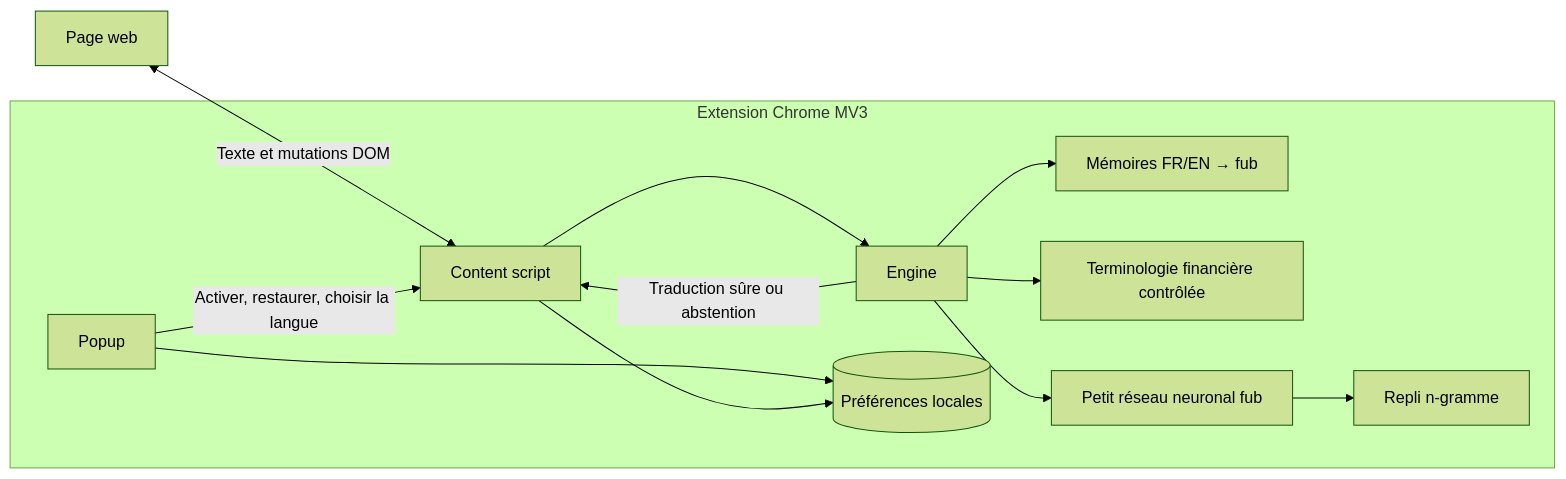
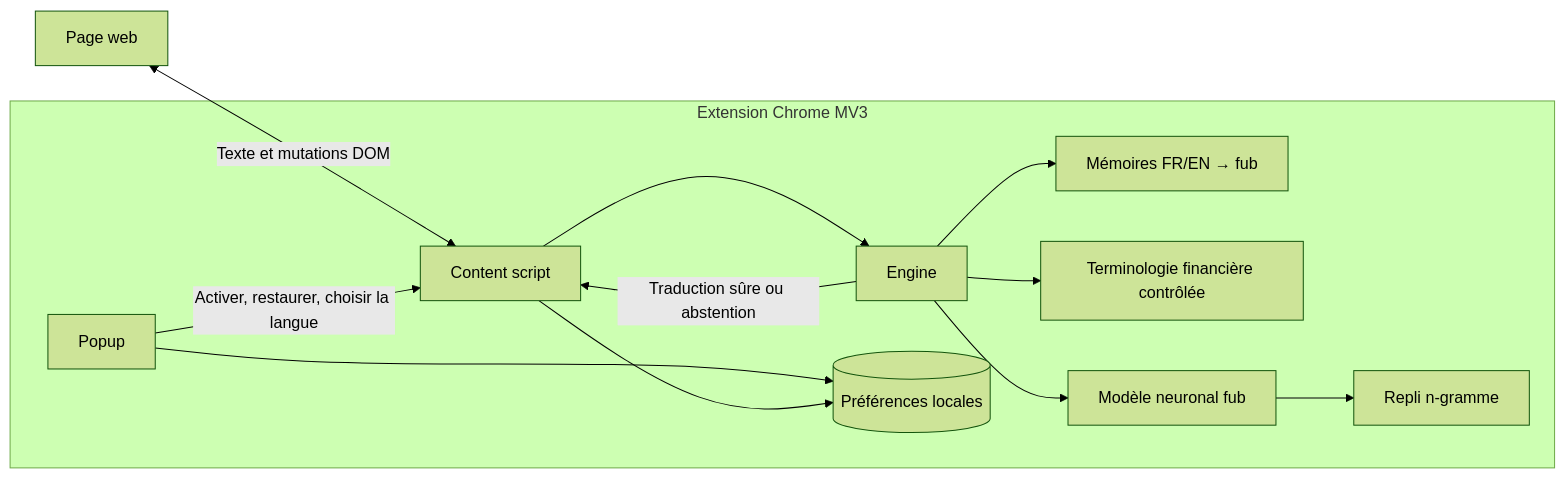
One commit to kaezerwatto/KORA changed the first of 7 diagrams in docs/ARCHITECTURE.md. Above: the diagram before and after it, drawn with Mermaid (forest theme). The commit also changed other lines of this file and 30 other files, not shown here.

````diff
--- a/docs/ARCHITECTURE.md
+++ b/docs/ARCHITECTURE.md
@@ -17,24 +17,24 @@
 ```mermaid
 flowchart LR
     subgraph Chrome["Extension Chrome MV3"]
         P[Popup]
         C[Content script]
         E[Engine]
         TM[Mémoires FR/EN → fub]
         CT[Terminologie financière contrôlée]
-        LM[Petit réseau neuronal fub]
+        LM[Modèle neuronal fub]
         NG[Repli n-gramme]
         S[(Préférences locales)]
     end
 
     W[Page web] <-->|Texte et mutations DOM| C
     P -->|Activer, restaurer, choisir la langue| C
     P --> S
     C --> S
     C --> E
     E --> TM
     E --> CT
     E --> LM
     LM --> NG
     E -->|Traduction sûre ou abstention| C
 ```
````
